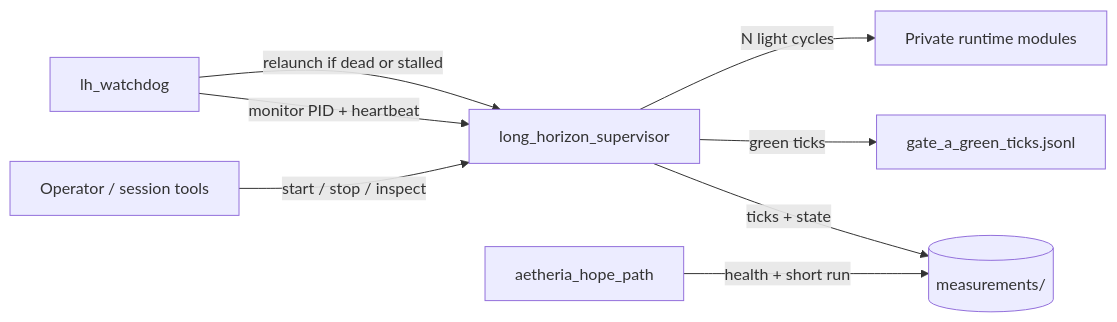
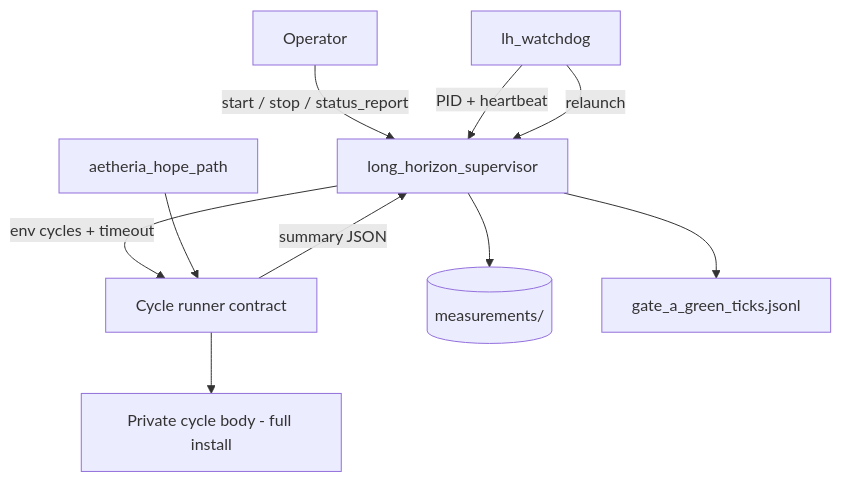
One commit to denisrigsby/Aetheria-sovereign-agent changed the diagram in README.md. Above: the diagram before and after it, drawn with Mermaid. The commit also changed other lines of this file and 15 other files, not shown here.

First line of the commit message:
Release v0.3.0: cycle runner contract and operator hygiene.

````diff
--- a/README.md
+++ b/README.md
@@ -41,10 +51,12 @@
 ```mermaid
-flowchart LR
-  OP[Operator / session tools] -->|start / stop / inspect| SUP
-  SUP[long_horizon_supervisor] -->|ticks + state| DISK[(measurements/)]
-  SUP -->|green ticks| GATELOG[gate_a_green_ticks.jsonl]
-  WD[lh_watchdog] -->|monitor PID + heartbeat| SUP
-  WD -->|relaunch if dead or stalled| SUP
-  HOPE[aetheria_hope_path] -->|health + short run| DISK
-  SUP -->|N light cycles| RT[Private runtime modules]
+flowchart TB
+  OP[Operator] -->|start / stop / status_report| SUP
+  SUP[long_horizon_supervisor] -->|env cycles + timeout| CR[Cycle runner contract]
+  CR -->|summary JSON| SUP
+  SUP --> DISK[(measurements/)]
+  SUP --> GLOG[gate_a_green_ticks.jsonl]
+  WD[lh_watchdog] -->|PID + heartbeat| SUP
+  WD -->|relaunch| SUP
+  HOPE[aetheria_hope_path] --> CR
+  CR --> PRIV[Private cycle body - full install]
 ```
````
